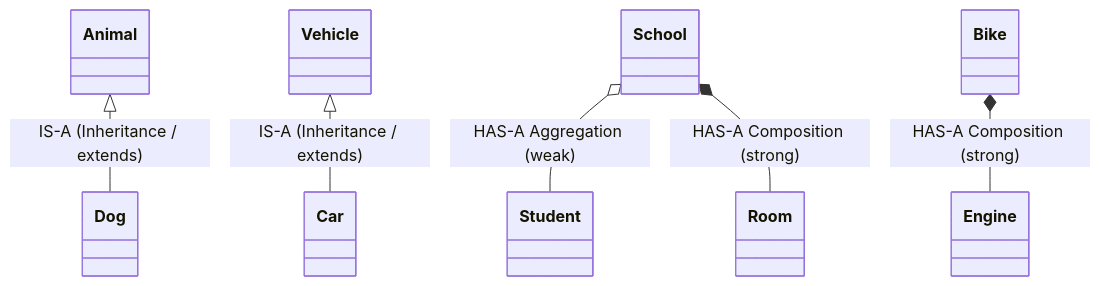
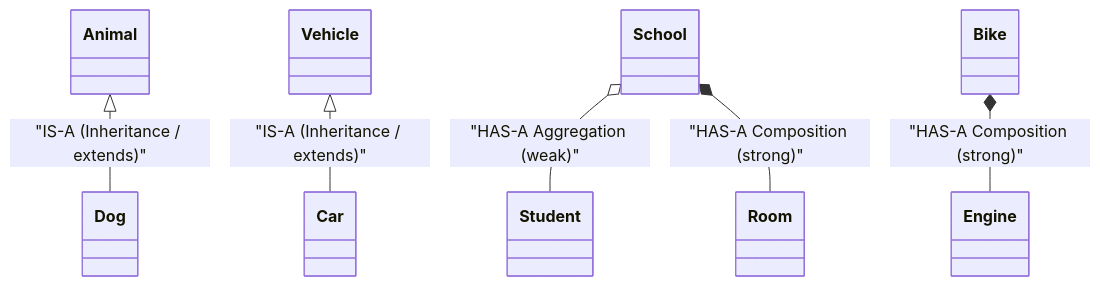
Before and after one commit to devgupta4526/CodePlus: diagram 11 of 13 in java-mastery/src/content/lessons/oop-fundamentals.mdx, drawn with Mermaid. The commit also changed other lines of this file and 153 other files, not shown here.

````diff
--- a/java-mastery/src/content/lessons/oop-fundamentals.mdx
+++ b/java-mastery/src/content/lessons/oop-fundamentals.mdx
@@ -1238,10 +1244,10 @@
 ```mermaid
 classDiagram
-    Animal <|-- Dog : IS-A (Inheritance / extends)
-    Vehicle <|-- Car : IS-A (Inheritance / extends)
+    Animal <|-- Dog : "IS-A (Inheritance / extends)"
+    Vehicle <|-- Car : "IS-A (Inheritance / extends)"
 
-    School o-- Student : HAS-A Aggregation (weak)
-    School *-- Room : HAS-A Composition (strong)
+    School o-- Student : "HAS-A Aggregation (weak)"
+    School *-- Room : "HAS-A Composition (strong)"
 
-    Bike *-- Engine : HAS-A Composition (strong)
+    Bike *-- Engine : "HAS-A Composition (strong)"
 ```
````
